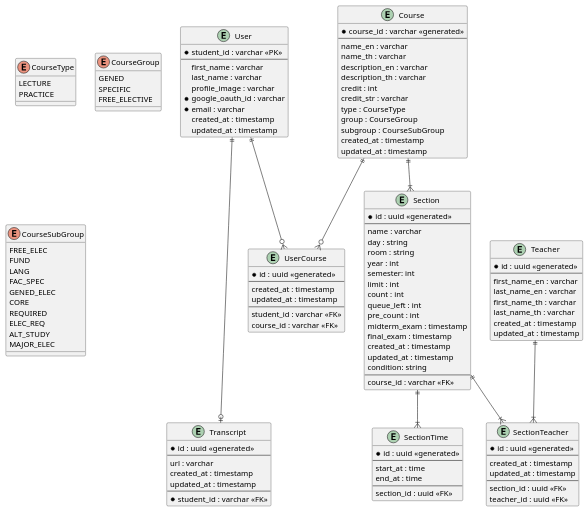
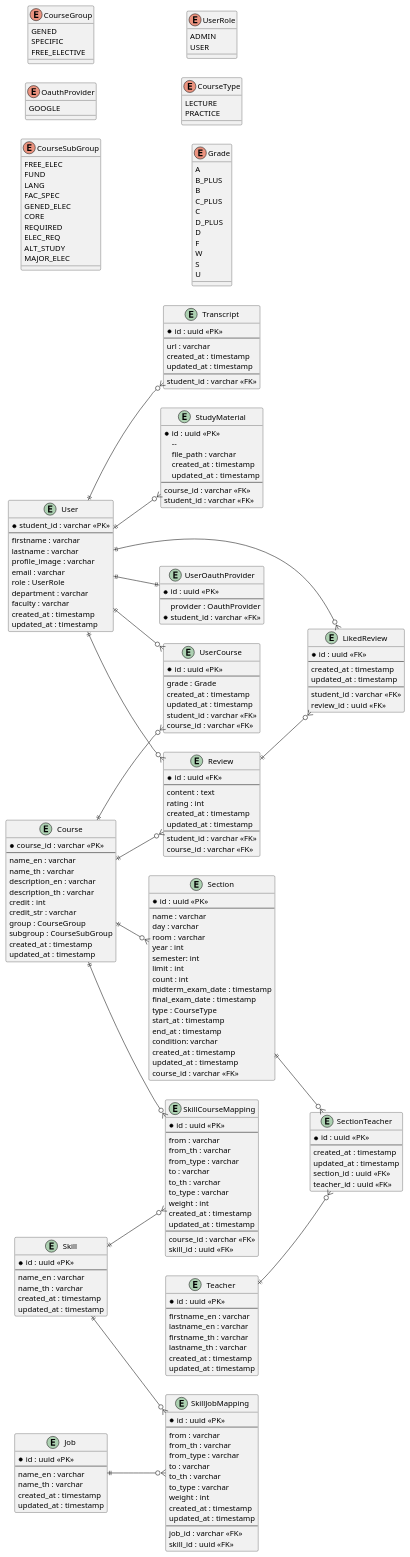
The diagram in er-diagram/er.plantuml (REG-Helper/REG-Helper-Solution), drawn with PlantUML before and after one commit. The commit also changed 1 other file, not shown here.

Commit message:
chore: update er

```diff
--- a/er-diagram/er.plantuml
+++ b/er-diagram/er.plantuml
@@ -1,29 +1,39 @@
 @startuml REG_Helper_ER
+left to right direction
 
 entity User {
   * student_id : varchar <<PK>>
   --
-  first_name : varchar
-  last_name : varchar
+  firstname : varchar
+  lastname : varchar
   profile_image : varchar
-  * google_oauth_id : varchar
-  * email : varchar
+  email : varchar
+  role : UserRole
+  department : varchar
+  faculty : varchar
   created_at : timestamp
   updated_at : timestamp
 }
 
+entity UserOauthProvider {
+  * id : uuid <<PK>>
+  --
+  provider : OauthProvider
+  * student_id : varchar <<FK>>
+}
+
 entity Transcript {
-  * id : uuid <<generated>>
+  * id : uuid <<PK>>
   --
   url : varchar
   created_at : timestamp
   updated_at : timestamp
   --
-  * student_id : varchar <<FK>>
+  student_id : varchar <<FK>>
 }
 
 entity Course {
-  * course_id : varchar <<generated>>
+  * course_id : varchar <<PK>>
   --
   name_en : varchar
   name_th : varchar
@@ -31,7 +41,6 @@
   description_th : varchar
   credit : int
   credit_str : varchar
-  type : CourseType
   group : CourseGroup
   subgroup : CourseSubGroup
   created_at : timestamp
@@ -39,59 +48,91 @@
 }
 
 entity Section {
-  * id : uuid <<generated>>
+  * id : uuid <<PK>>
   --
   name : varchar
-  day : string
-  room : string
+  day : varchar
+  room : varchar
   year : int
   semester: int
-  limit : int 
+  limit : int
   count : int
-  queue_left : int
-  pre_count : int
-  midterm_exam : timestamp
-  final_exam : timestamp 
+  midterm_exam_date : timestamp
+  final_exam_date : timestamp
+  type : CourseType
+  start_at : timestamp
+  end_at : timestamp
+  condition: varchar
   created_at : timestamp
   updated_at : timestamp
-  condition: string
-  --
   course_id : varchar <<FK>>
 }
 
-entity SectionTime {
-  * id : uuid <<generated>>
+entity Teacher {
+  * id : uuid <<PK>>
   --
-  start_at : time
-  end_at : time
-  --
-  section_id : uuid <<FK>>
-}
-
-entity Teacher {
-  * id : uuid <<generated>>
-  --
-  first_name_en : varchar
-  last_name_en : varchar
-  first_name_th : varchar
-  last_name_th : varchar
+  firstname_en : varchar
+  lastname_en : varchar
+  firstname_th : varchar
+  lastname_th : varchar
   created_at : timestamp
   updated_at : timestamp
 }
 
 entity SectionTeacher {
-  * id : uuid <<generated>>
+  * id : uuid <<PK>>
   --
   created_at : timestamp
   updated_at : timestamp
-  --
   section_id : uuid <<FK>>
   teacher_id : uuid <<FK>>
 }
 
 entity UserCourse {
-  * id : uuid <<generated>>
+  * id : uuid <<PK>>
   --
+  grade : Grade
+  created_at : timestamp
+  updated_at : timestamp
+  student_id : varchar <<FK>>
+  course_id : varchar <<FK>>
+}
+
+entity Skill {
+  * id : uuid <<PK>>
+  --
+  name_en : varchar
+  name_th : varchar
+  created_at : timestamp
+  updated_at : timestamp
+}
+
+entity StudyMaterial {
+  * id : uuid <<PK>>
+  -- 
+  file_path : varchar
+  created_at : timestamp
+  updated_at :  timestamp
+  --
+  course_id : varchar <<FK>>
+  student_id : varchar <<FK>>
+}
+
+entity LikedReview {
+  * id : uuid <<FK>>
+  --
+  created_at : timestamp
+  updated_at : timestamp
+  --
+  student_id : varchar <<FK>>
+  review_id : uuid <<FK>>
+}
+
+entity Review {
+  * id : uuid <<FK>>
+  --
+  content : text
+  rating : int
   created_at : timestamp
   updated_at : timestamp
   --
@@ -99,15 +140,57 @@
   course_id : varchar <<FK>>
 }
 
-enum CourseType {
-  LECTURE
-  PRACTICE
+entity Job {
+  * id : uuid <<PK>>
+  --
+  name_en : varchar
+  name_th : varchar
+  created_at : timestamp
+  updated_at : timestamp
+}
+
+entity SkillJobMapping {
+  * id : uuid <<PK>>
+  --
+  from : varchar
+  from_th : varchar
+  from_type : varchar
+  to : varchar
+  to_th : varchar
+  to_type : varchar
+  weight : int
+  created_at : timestamp
+  updated_at : timestamp
+  --
+  job_id : varchar <<FK>>
+  skill_id : uuid <<FK>>
+}
+
+entity SkillCourseMapping {
+  * id : uuid <<PK>>
+  --
+  from : varchar
+  from_th : varchar
+  from_type : varchar
+  to : varchar
+  to_th : varchar
+  to_type : varchar
+  weight : int
+  created_at : timestamp
+  updated_at : timestamp
+  --
+  course_id : varchar <<FK>>
+  skill_id : uuid <<FK>>
 }
 
 enum CourseGroup {
   GENED
   SPECIFIC
   FREE_ELECTIVE
+}
+
+enum OauthProvider {
+  GOOGLE
 }
 
 enum CourseSubGroup {
@@ -123,12 +206,46 @@
   MAJOR_ELEC
 }
 
-User ||---o| Transcript
-Course ||--|{ Section
-Section ||--|{ SectionTeacher
-Section ||--|{ SectionTime
-Teacher ||--|{ SectionTeacher
+enum UserRole {
+  ADMIN
+  USER
+}
+
+enum CourseType {
+  LECTURE
+  PRACTICE
+}
+
+enum Grade {
+  A
+  B_PLUS
+  B
+  C_PLUS
+  C
+  D_PLUS
+  D
+  F
+  W
+  S
+  U
+}
+
+User ||--o{ Transcript
+User ||--|| UserOauthProvider
 User ||--o{ UserCourse
 Course ||--o{ UserCourse
+Course ||--o{ Section
+Course ||--o{ SkillCourseMapping
+Skill ||--o{ SkillCourseMapping
+Skill ||--o{ SkillJobMapping
+Job ||--o{ SkillJobMapping
+Section ||--o{ SectionTeacher
+Teacher ||--o{ SectionTeacher
+User ||--o{ Review
+User ||-o{ LikedReview
+Review ||--o{ LikedReview
+Course ||--o{ Review
+User ||--o{ StudyMaterial
+
 
 @enduml
```
